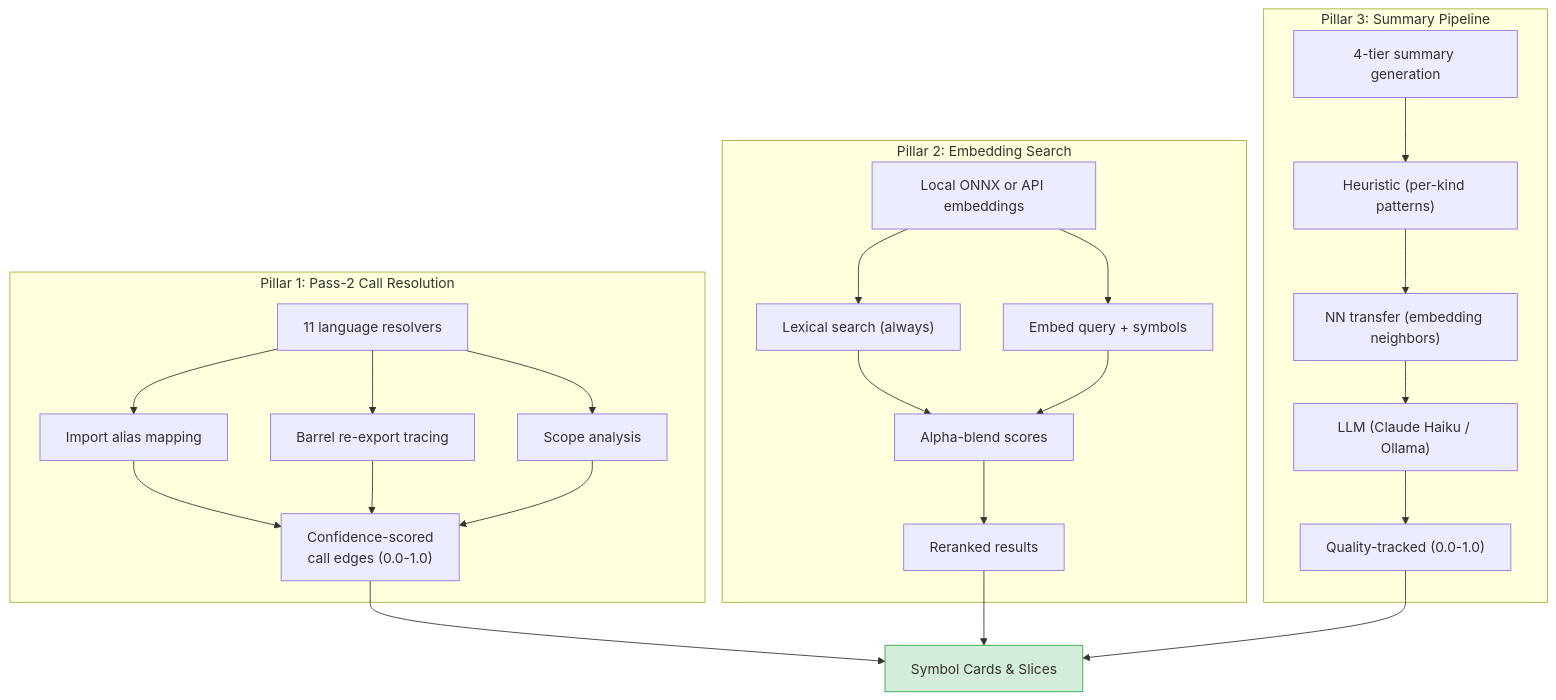
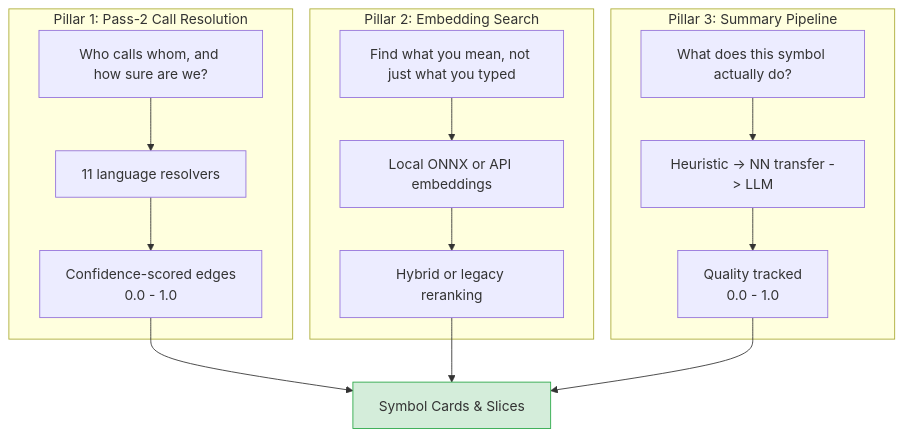
Before and after one commit to GlitterKill/sdl-mcp: the first of 12 diagrams in docs/feature-deep-dives/semantic-engine.md, drawn with Mermaid. The commit also changed other lines of this file and 26 other files, not shown here.

````diff
--- a/docs/feature-deep-dives/semantic-engine.md
+++ b/docs/feature-deep-dives/semantic-engine.md
@@ -53,36 +26,31 @@
 ```mermaid
 flowchart TD
-    subgraph "Pillar 1: Pass-2 Call Resolution"
-        P1["11 language resolvers"]
-        P1a["Import alias mapping"]
-        P1b["Barrel re-export tracing"]
-        P1c["Scope analysis"]
-        P1 --> P1a & P1b & P1c
-        P1a & P1b & P1c --> Conf["Confidence-scored<br/>call edges (0.0-1.0)"]
+    subgraph P1["Pillar 1: Pass-2 Call Resolution"]
+        Call["Who calls whom, and how sure are we?"]
+        Resolvers["11 language resolvers"]
+        Confidence["Confidence-scored edges
+0.0 - 1.0"]
+        Call --> Resolvers --> Confidence
     end
 
-    subgraph "Pillar 2: Embedding Search"
-        P2["Local ONNX or API embeddings"]
-        P2a["Lexical search (always)"]
-        P2b["Embed query + symbols"]
-        P2c["Alpha-blend scores"]
-        P2 --> P2a & P2b
-        P2a & P2b --> P2c
-        P2c --> Rerank["Reranked results"]
+    subgraph P2["Pillar 2: Embedding Search"]
+        Search["Find what you mean, not just what you typed"]
+        Embeddings["Local ONNX or API embeddings"]
+        Fusion["Hybrid or legacy reranking"]
+        Search --> Embeddings --> Fusion
     end
 
-    subgraph "Pillar 3: Summary Pipeline"
-        P3["4-tier summary generation"]
-        P3a["Heuristic (per-kind patterns)"]
-        P3b["NN transfer (embedding neighbors)"]
-        P3c["LLM (Claude Haiku / Ollama)"]
-        P3d["Quality-tracked (0.0-1.0)"]
-        P3 --> P3a --> P3b --> P3c --> P3d
+    subgraph P3["Pillar 3: Summary Pipeline"]
+        Summary["What does this symbol actually do?"]
+        Stages["Heuristic -> NN transfer -> LLM"]
+        Quality["Quality tracked
+0.0 - 1.0"]
+        Summary --> Stages --> Quality
     end
 
-    Conf --> Cards["Symbol Cards & Slices"]
-    Rerank --> Cards
-    P3d --> Cards
+    Confidence --> Cards["Symbol Cards & Slices"]
+    Fusion --> Cards
+    Quality --> Cards
 
     style Cards fill:#d4edda,stroke:#28a745
 ```
````
